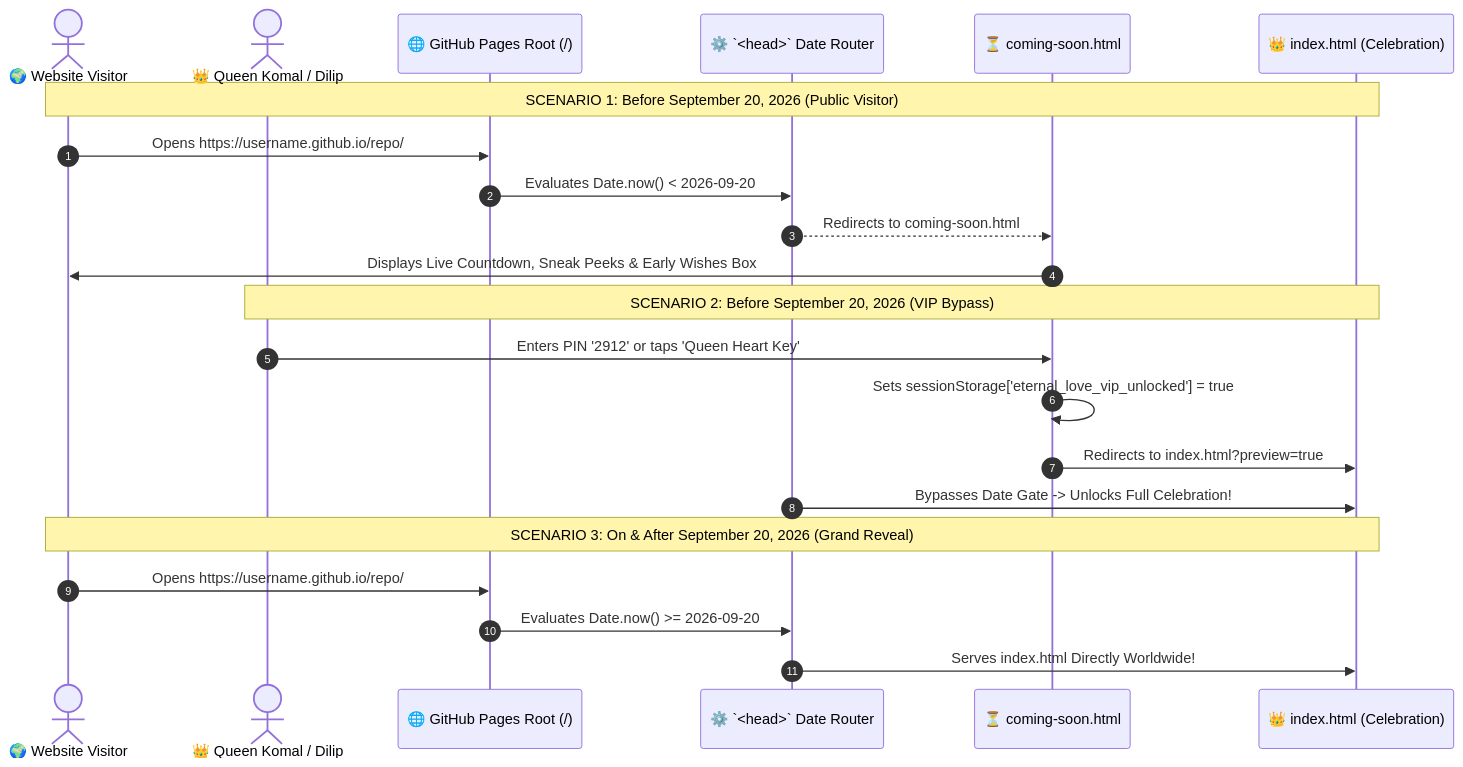
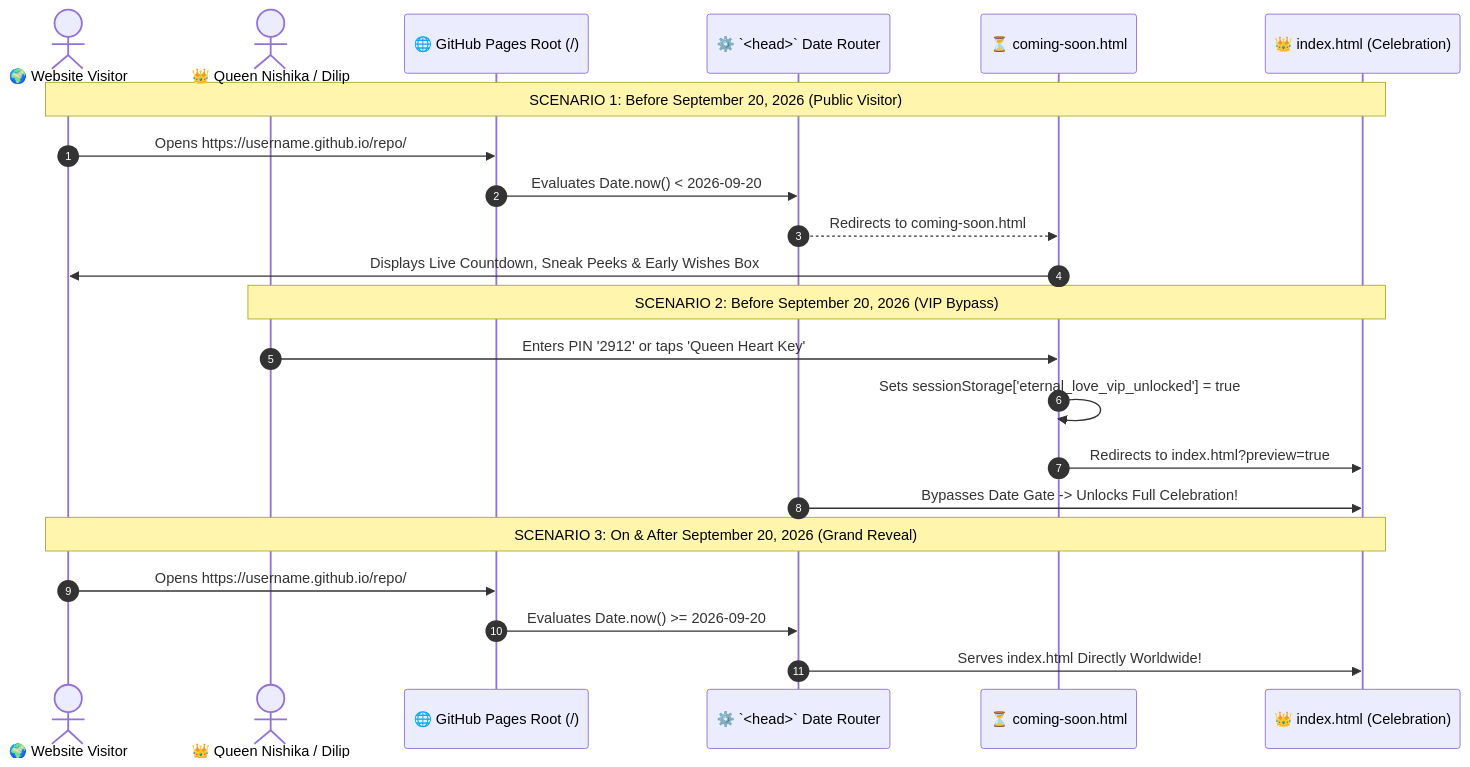
One commit to dilipk2026/happy-birthday changed the second of 2 diagrams in documentation/PROJECT_STRUCTURE.md. Above: the diagram before and after it, drawn with Mermaid. The commit also changed other lines of this file and 19 other files, not shown here.

````diff
--- a/documentation/PROJECT_STRUCTURE.md
+++ b/documentation/PROJECT_STRUCTURE.md
@@ -121,30 +121,30 @@
 ```mermaid
 sequenceDiagram
     autonumber
     actor Visitor as 🌍 Website Visitor
-    actor Queen as 👑 Queen Komal / Dilip
+    actor Queen as 👑 Queen Nishika / Dilip
     participant Edge as 🌐 GitHub Pages Root (/)
     participant Router as ⚙️ `<head>` Date Router
     participant CS as ⏳ coming-soon.html
     participant Main as 👑 index.html (Celebration)
 
     %% Scenario 1: Before Sept 20 Standard Visitor
     Note over Visitor,Main: SCENARIO 1: Before September 20, 2026 (Public Visitor)
     Visitor->>Edge: Opens https://username.github.io/repo/
     Edge->>Router: Evaluates Date.now() < 2026-09-20
     Router-->>CS: Redirects to coming-soon.html
     CS->>Visitor: Displays Live Countdown, Sneak Peeks & Early Wishes Box
 
     %% Scenario 2: Queen VIP Bypass
     Note over Queen,Main: SCENARIO 2: Before September 20, 2026 (VIP Bypass)
     Queen->>CS: Enters PIN '2912' or taps 'Queen Heart Key'
     CS->>CS: Sets sessionStorage['eternal_love_vip_unlocked'] = true
     CS->>Main: Redirects to index.html?preview=true
     Router->>Main: Bypasses Date Gate -> Unlocks Full Celebration!
 
     %% Scenario 3: On or After Sept 20
     Note over Visitor,Main: SCENARIO 3: On & After September 20, 2026 (Grand Reveal)
     Visitor->>Edge: Opens https://username.github.io/repo/
     Edge->>Router: Evaluates Date.now() >= 2026-09-20
     Router->>Main: Serves index.html Directly Worldwide!
 ```
````
